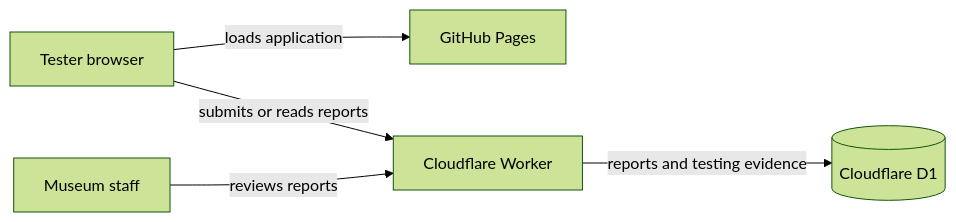
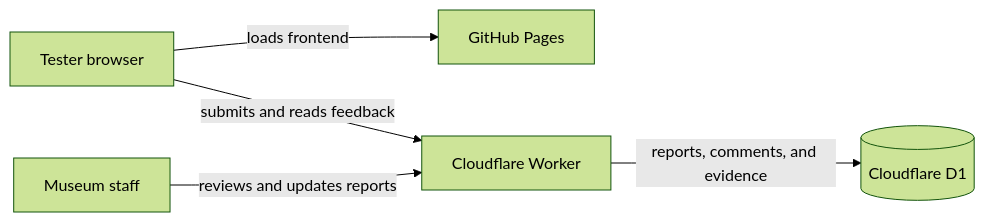
The diagram in README.md (ijustcreate/project-lantern), drawn with Mermaid (forest theme) before and after one commit. The commit also changed other lines of this file and 11 other files, not shown here.

````diff
--- a/README.md
+++ b/README.md
@@ -101,7 +135,7 @@
 ```mermaid
 flowchart LR
-    T[Tester browser] -->|loads application| P[GitHub Pages]
-    T -->|submits or reads reports| W[Cloudflare Worker]
-    W -->|reports and testing evidence| D[(Cloudflare D1)]
-    M[Museum staff] -->|reviews reports| W
+    T[Tester browser] -->|loads frontend| P[GitHub Pages]
+    T -->|submits and reads feedback| W[Cloudflare Worker]
+    W -->|reports, comments, and evidence| D[(Cloudflare D1)]
+    M[Museum staff] -->|reviews and updates reports| W
 ```
````
